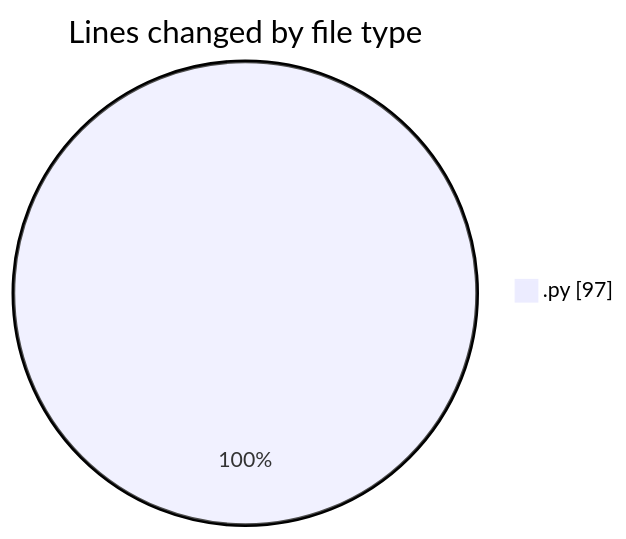
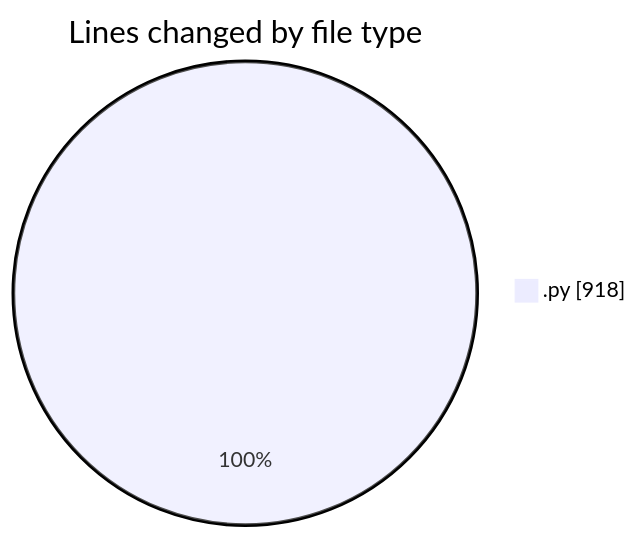
The first of 2 diagrams in 2025-07-15/telebot/README.md (jrari/code-tracking), drawn with Mermaid before and after one commit. The commit also changed other lines of this file and 1 other file, not shown here.

````diff
--- a/2025-07-15/telebot/README.md
+++ b/2025-07-15/telebot/README.md
@@ -20,5 +21,5 @@
 ```mermaid
 pie showData
 title Lines changed by file type
-".py" : 97
+".py" : 918
 ```
````
